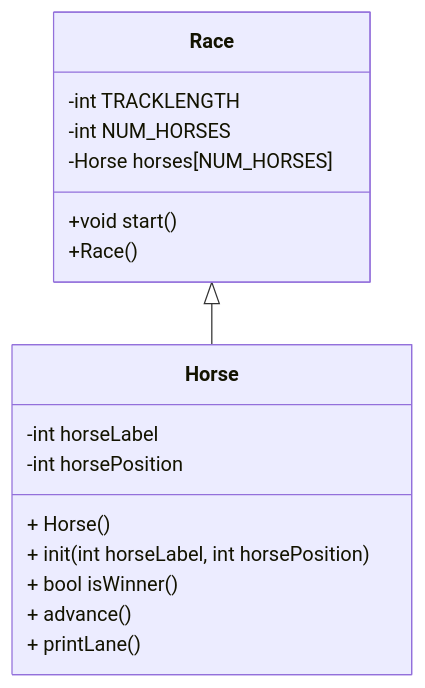
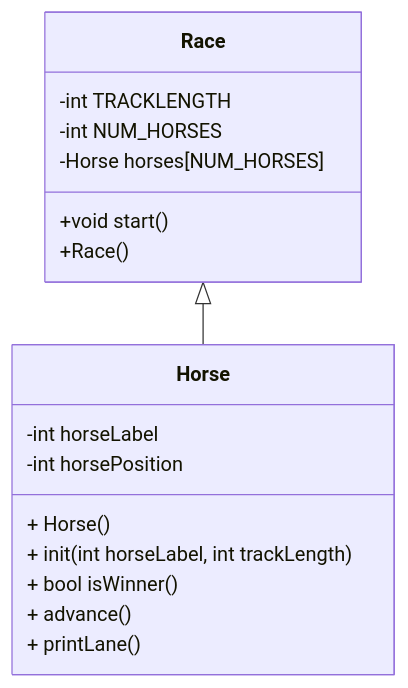
Before and after one commit to cecarroll/CS121_Week5: the diagram in README.md, drawn with Mermaid.

````diff
--- a/README.md
+++ b/README.md
@@ -7,21 +7,21 @@
 ```mermaid
 classDiagram
     Race <|-- Horse
     class Horse{
       -int horseLabel
       -int horsePosition 
       + Horse()
-      + init(int horseLabel, int horsePosition)   
+      + init(int horseLabel, int trackLength)   
       + bool isWinner()
       + advance()
       + printLane()
     }
     class Race{
       -int TRACKLENGTH
       -int NUM_HORSES
       -Horse horses[NUM_HORSES]
       +void start()
       +Race()
     }
 
 ```
````
